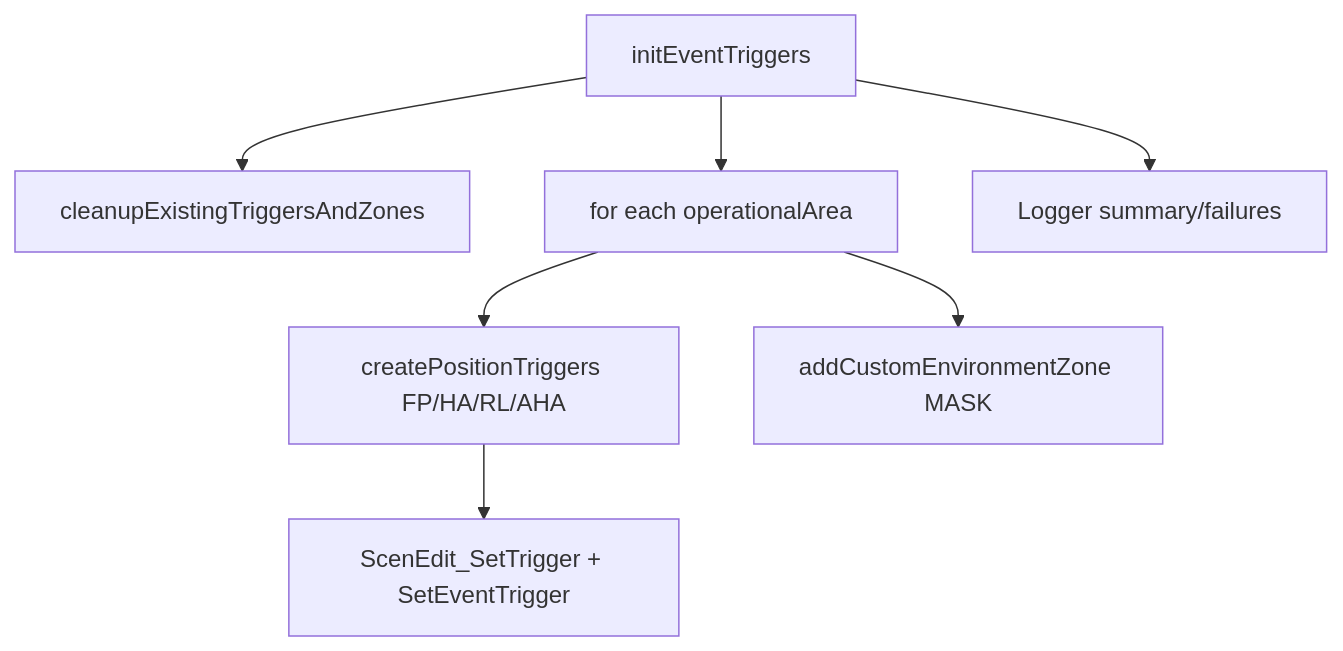
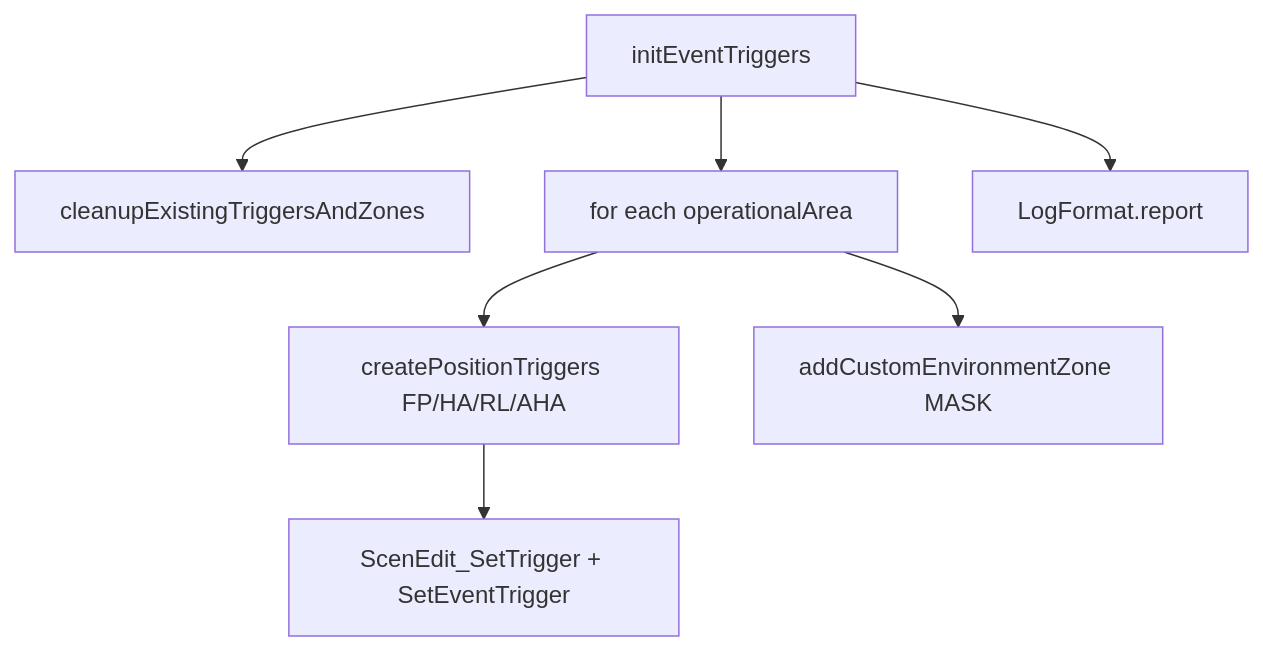
The diagram in docs/missileSystem/triggers.md (pullupjumper/formosa-in-flames), drawn with Mermaid before and after one commit. The commit also changed 58 other files, not shown here.

````diff
--- a/docs/missileSystem/triggers.md
+++ b/docs/missileSystem/triggers.md
@@ -27,9 +27,9 @@
 ```mermaid
 flowchart TD
     A[initEventTriggers] --> B[cleanupExistingTriggersAndZones]
     A --> C[for each operationalArea]
     C --> D[createPositionTriggers FP/HA/RL/AHA]
     C --> E[addCustomEnvironmentZone MASK]
     D --> F[ScenEdit_SetTrigger + SetEventTrigger]
-    A --> G[Logger summary/failures]
+    A --> G[LogFormat.report]
 ```
````
